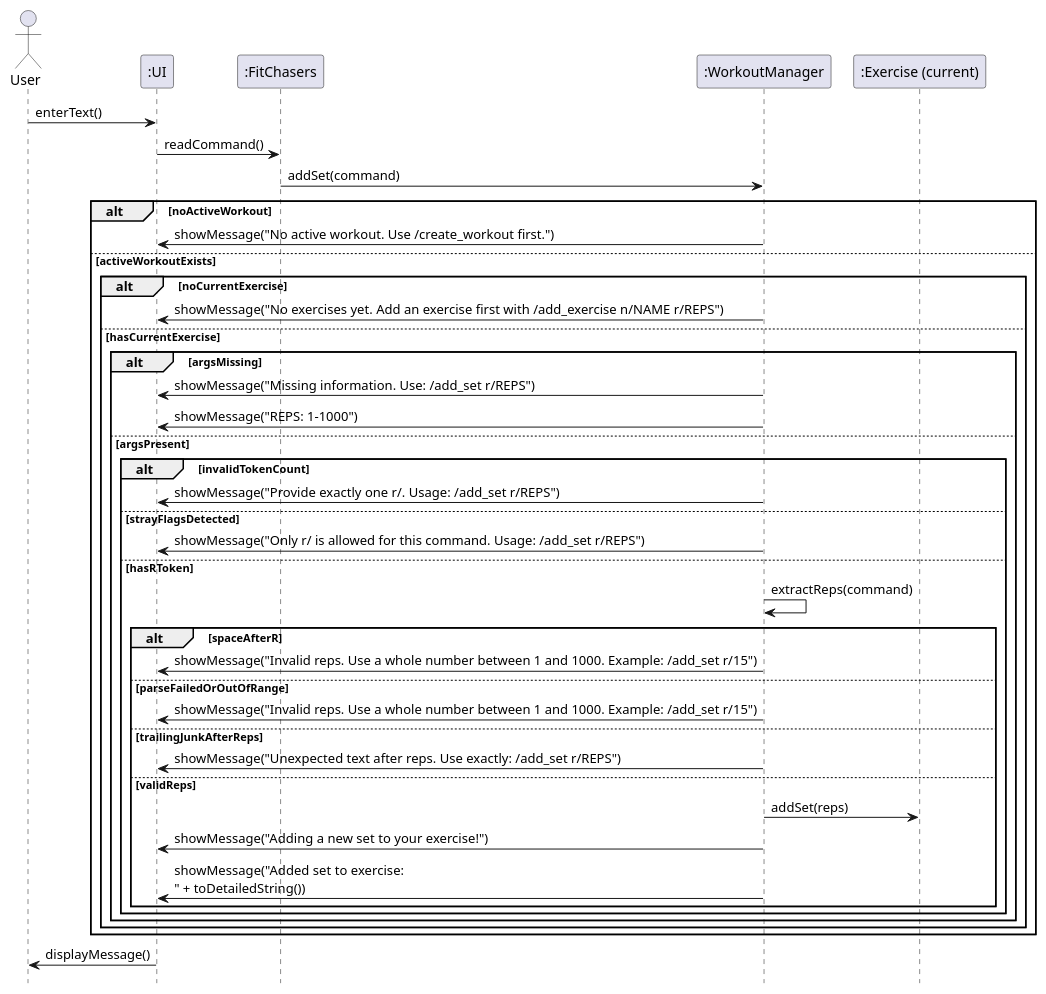
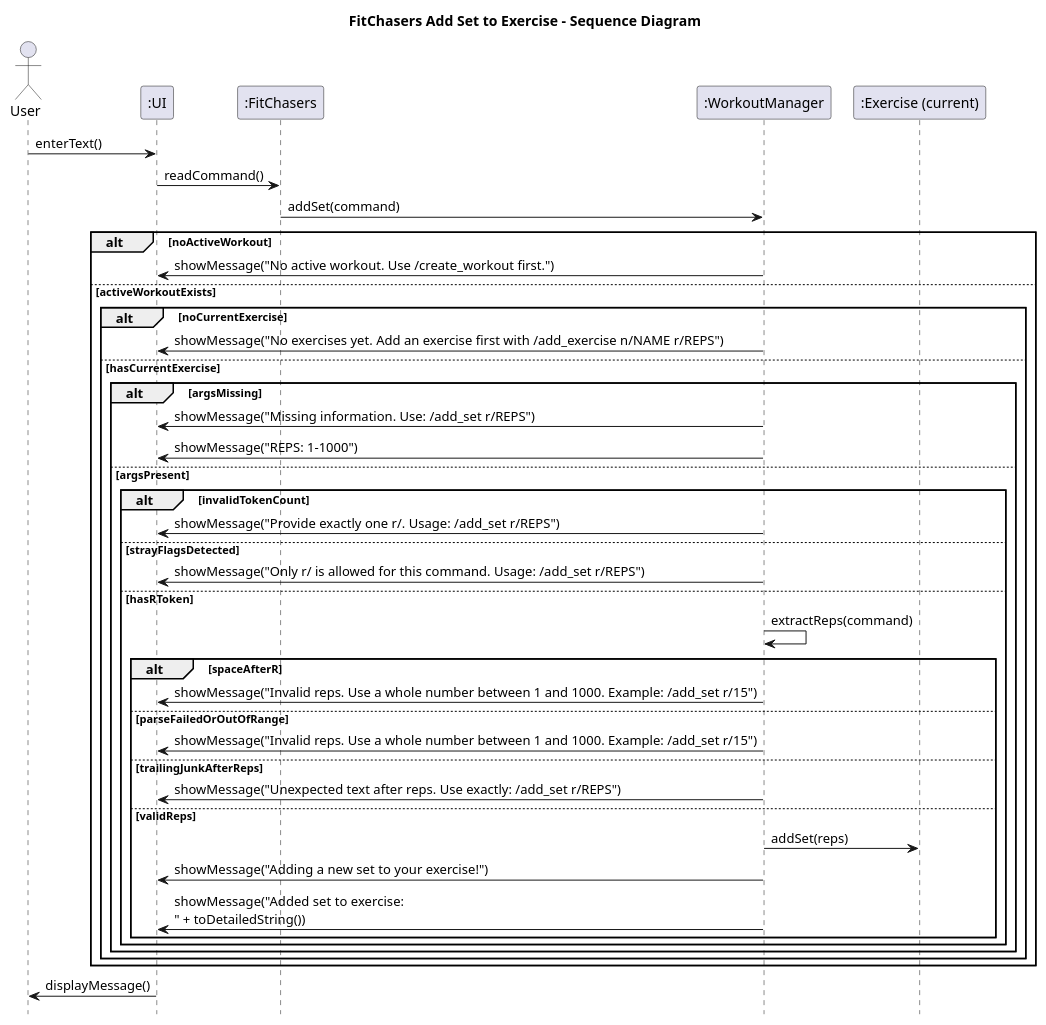
One commit to Exceptional-Khoi/tp changed the diagram in docs/diagrams/SD_addset.puml. Above: the diagram before and after it, drawn with PlantUML. The commit also changed 13 other files, not shown here.

Commit message:
Add object diagram

```diff
--- a/docs/diagrams/SD_addset.puml
+++ b/docs/diagrams/SD_addset.puml
@@ -1,52 +1,52 @@
 @startuml
-
+title FitChasers Add Set to Exercise - Sequence Diagram
 ' --- Styling (kept minimal & consistent) ---
 skinparam sequenceParticipantType rectangle
 skinparam shadowing false
 skinparam responseMessageBelowArrow true
 hide footbox
 
 actor    User
 participant ":UI" as UI
 participant ":FitChasers" as App
 participant ":WorkoutManager" as WM
 participant ":Exercise (current)" as E
 
 User -> UI : enterText()
 UI -> App : readCommand()
 App -> WM : addSet(command)
 
 alt noActiveWorkout
   WM -> UI : showMessage("No active workout. Use /create_workout first.")
 else activeWorkoutExists
   alt noCurrentExercise
     WM -> UI : showMessage("No exercises yet. Add an exercise first with /add_exercise n/NAME r/REPS")
   else hasCurrentExercise
     alt argsMissing
       WM -> UI : showMessage("Missing information. Use: /add_set r/REPS")
       WM -> UI : showMessage("REPS: 1–1000")
     else argsPresent
       alt invalidTokenCount
         WM -> UI : showMessage("Provide exactly one r/. Usage: /add_set r/REPS")
       else strayFlagsDetected
         WM -> UI : showMessage("Only r/ is allowed for this command. Usage: /add_set r/REPS")
       else hasRToken
         WM -> WM : extractReps(command)
         alt spaceAfterR
           WM -> UI : showMessage("Invalid reps. Use a whole number between 1 and 1000. Example: /add_set r/15")
         else parseFailedOrOutOfRange
           WM -> UI : showMessage("Invalid reps. Use a whole number between 1 and 1000. Example: /add_set r/15")
         else trailingJunkAfterReps
           WM -> UI : showMessage("Unexpected text after reps. Use exactly: /add_set r/REPS")
         else validReps
           WM -> E : addSet(reps)
           WM -> UI : showMessage("Adding a new set to your exercise!")
           WM -> UI : showMessage("Added set to exercise:\n" + toDetailedString())
         end
       end
     end
   end
 end
 
 UI -> User : displayMessage()
 @enduml
```
